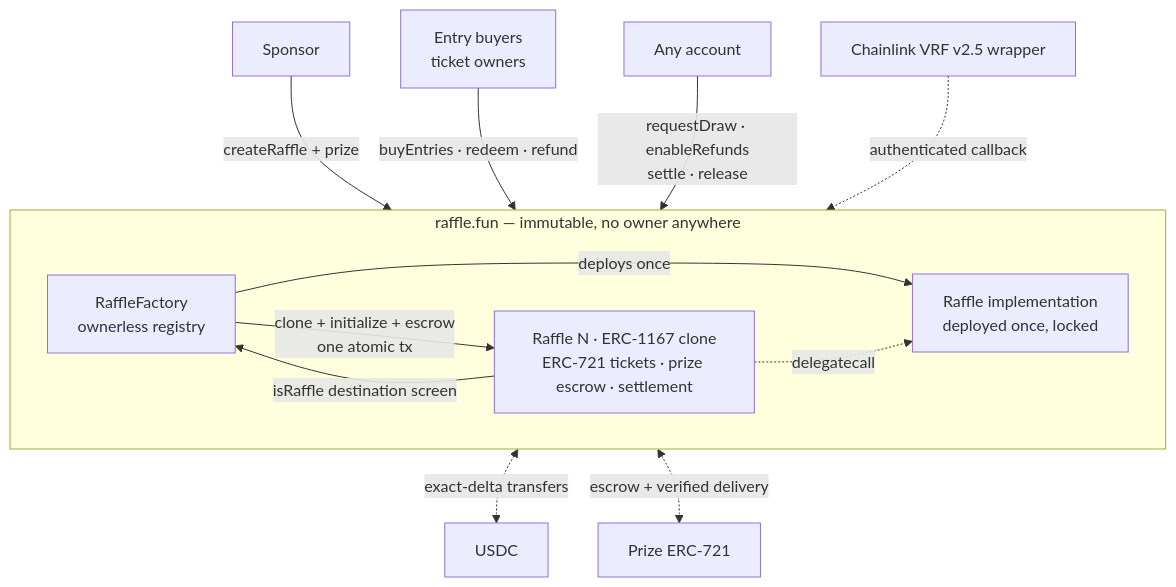
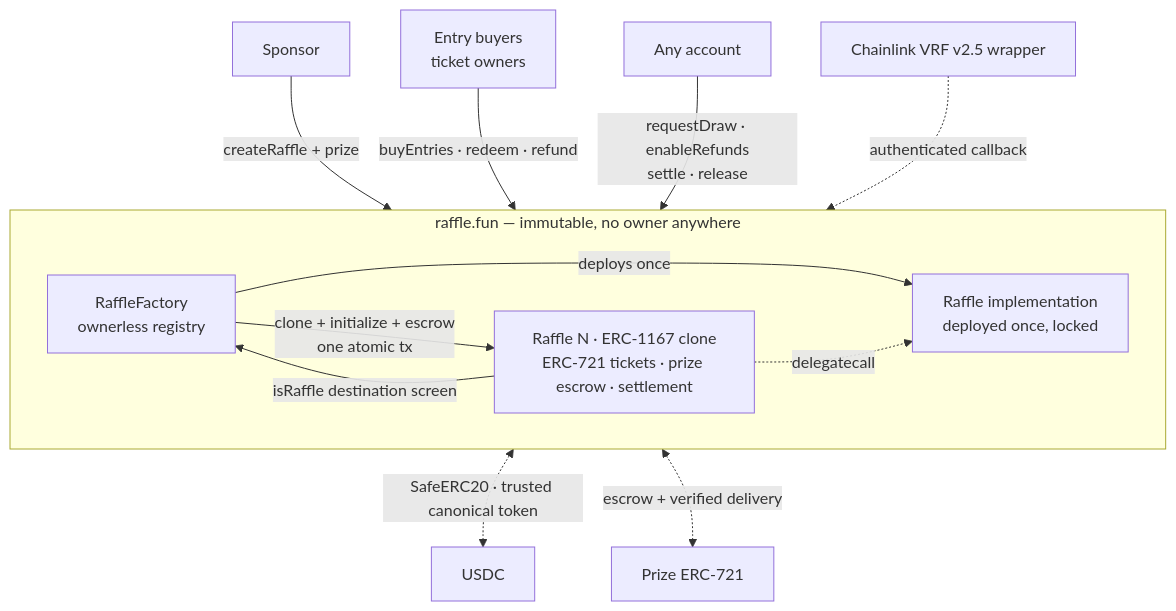
One commit to Heesho/raffle-fun changed the first of 6 diagrams in docs/whitepapers/raffle-fun-technical-whitepaper.md. Above: the diagram before and after it, drawn with Mermaid. The commit also changed other lines of this file and 4 other files, not shown here.

Commit message:
docs: bind canonical USDC evidence

````diff
--- a/docs/whitepapers/raffle-fun-technical-whitepaper.md
+++ b/docs/whitepapers/raffle-fun-technical-whitepaper.md
@@ -150,20 +152,20 @@
 ```mermaid
 %% caption: Two production contracts, no privileged offchain component, and every arrow crossing the dashed boundary is an external dependency the protocol trusts but cannot control.
 flowchart TB
   subgraph proto["raffle.fun — immutable, no owner anywhere"]
     direction LR
     F["RaffleFactory<br/>ownerless registry"]
     I["Raffle implementation<br/>deployed once, locked"]
     R["Raffle N · ERC-1167 clone<br/>ERC-721 tickets · prize escrow · settlement"]
     F -->|"deploys once"| I
     F -->|"clone + initialize + escrow<br/>one atomic tx"| R
     R -.->|"delegatecall"| I
     R -->|"isRaffle destination screen"| F
   end
   S["Sponsor"] -->|"createRaffle + prize"| F
   B["Entry buyers<br/>ticket owners"] -->|"buyEntries · redeem · refund"| R
   K["Any account"] -->|"requestDraw · enableRefunds<br/>settle · release"| R
-  R <-.->|"exact-delta transfers"| U["USDC"]
+  R <-.->|"SafeERC20 · trusted canonical token"| U["USDC"]
   R <-.->|"escrow + verified delivery"| P["Prize ERC-721"]
   V["Chainlink VRF v2.5 wrapper"] -.->|"authenticated callback"| R
 ```
````
